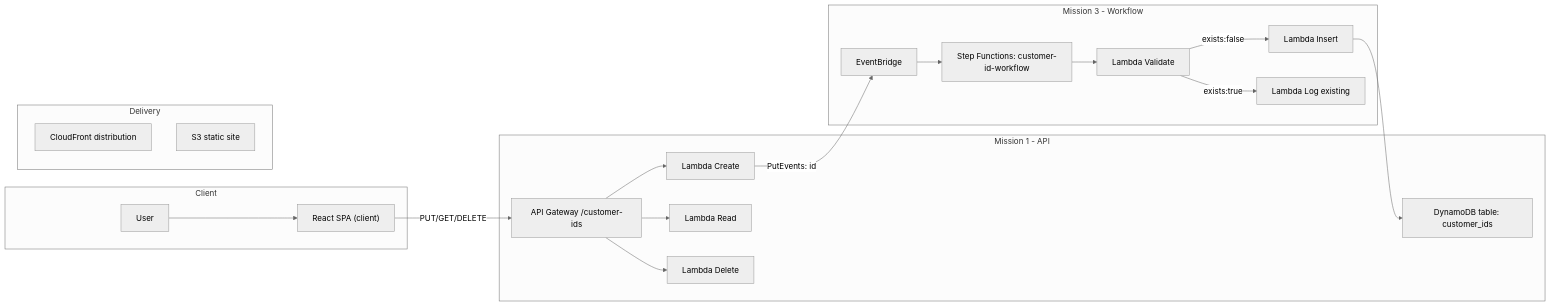
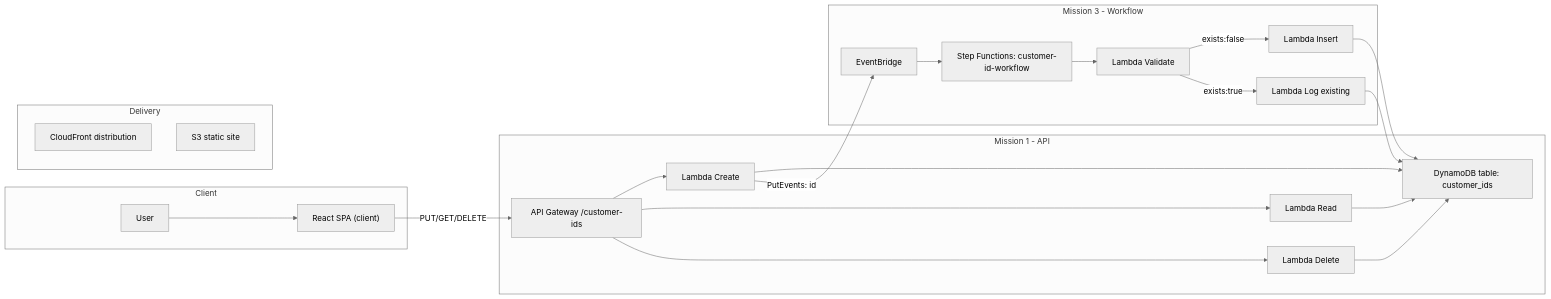
Before and after one commit to Leon-Rud/gratitude-notes-aws: the second of 2 diagrams in README.md, drawn with Mermaid (neutral theme). The commit also changed other lines of this file, not shown here.

Commit message:
enhanced README with detailed architecture diagram and flowchart updates

````diff
--- a/README.md
+++ b/README.md
@@ -227,44 +286,47 @@
 ```mermaid
 flowchart LR
   %% --- Client ---
   subgraph Client
     User
     App["React SPA (client)"]
   end
 
   %% --- Delivery (Mission 2) ---
   subgraph Delivery
     CF["CloudFront distribution"]
     S3["S3 static site"]
   end
 
   %% --- Backend (Mission 1) ---
   subgraph Backend["Mission 1 - API"]
     APIGW["API Gateway /customer-ids"]
     PutFn["Lambda Create"]
     GetFn["Lambda Read"]
     DelFn["Lambda Delete"]
     Dynamo["DynamoDB table: customer_ids"]
   end
 
   %% --- Workflow (Mission 3) ---
   subgraph Workflow["Mission 3 - Workflow"]
     EB["EventBridge"]
     SFN["Step Functions: customer-id-workflow"]
     Val["Lambda Validate"]
     Ins["Lambda Insert"]
     Log["Lambda Log existing"]
   end
 
   %% Connections
   User --> App
   App -->|PUT/GET/DELETE| APIGW
   APIGW --> PutFn
   APIGW --> GetFn
   APIGW --> DelFn
+  PutFn --> Dynamo
+  GetFn --> Dynamo
+  DelFn --> Dynamo
   PutFn -->|"PutEvents: id"| EB
   EB --> SFN
   SFN --> Val
   Val -- exists:false --> Ins --> Dynamo
-  Val -- exists:true --> Log
+  Val -- exists:true --> Log --> Dynamo
 ```
````
